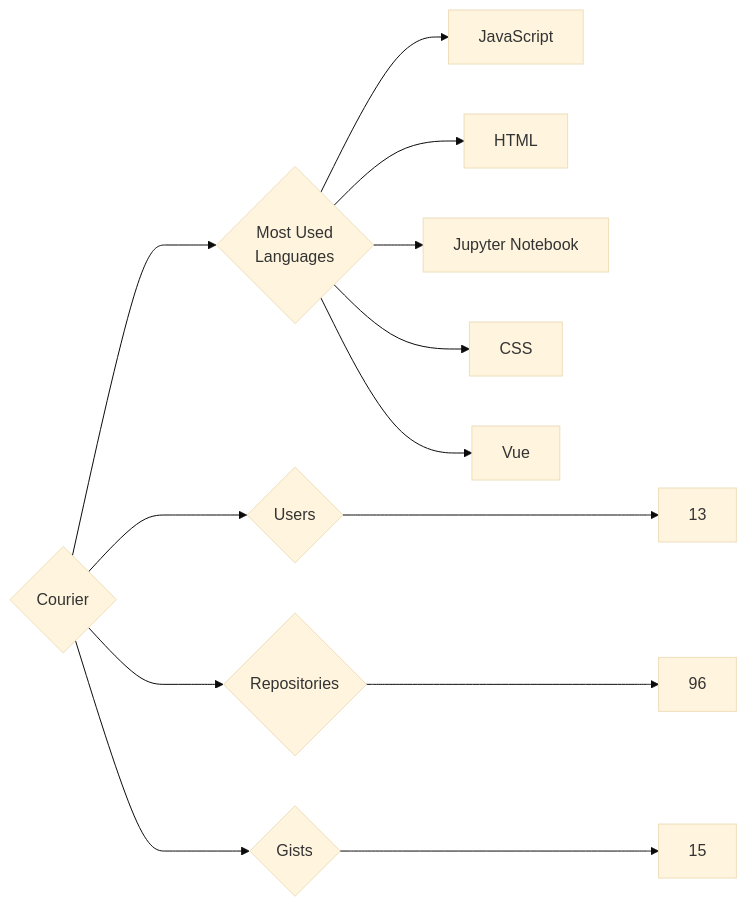
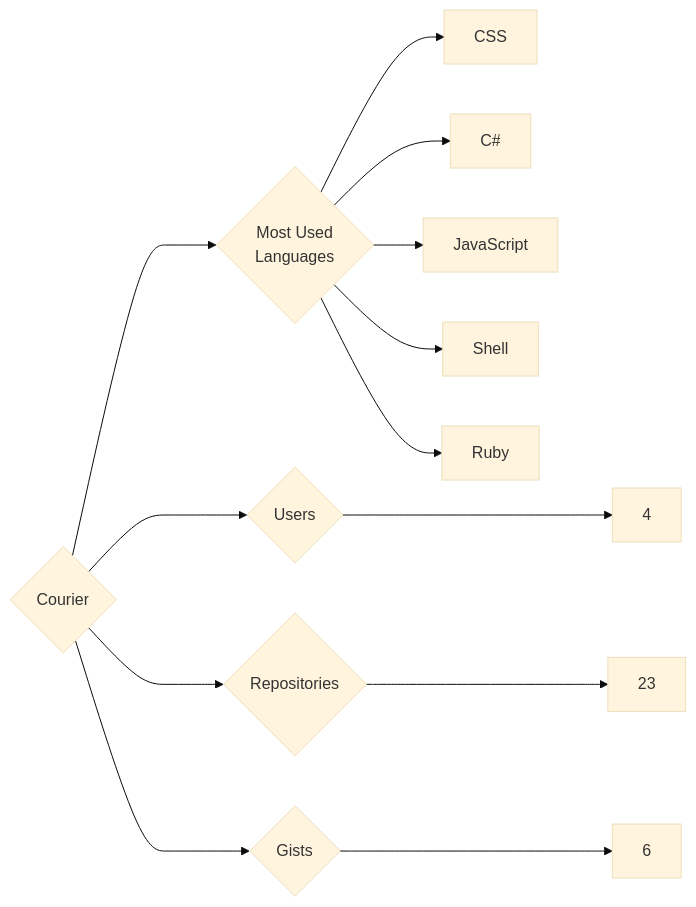
Before and after one commit to trickest/insiders: the diagram in targets/Courier/README.md, drawn with Mermaid (base theme). The commit also changed 916 other files, not shown here.

````diff
--- a/targets/Courier/README.md
+++ b/targets/Courier/README.md
@@ -3,13 +3,13 @@
 ```mermaid
 graph LR
 COMPANY_NAME{Courier}
-COMPANY_NAME ---> U{Users} ---> UN[13]
-COMPANY_NAME ---> R{Repositories} ---> RN[96]
-COMPANY_NAME ---> G{Gists} ---> GN[15]
+COMPANY_NAME ---> U{Users} ---> UN[4]
+COMPANY_NAME ---> R{Repositories} ---> RN[23]
+COMPANY_NAME ---> G{Gists} ---> GN[6]
 COMPANY_NAME ---> ML{Most Used<br>Languages}
+ML --> CSS[CSS]
+ML --> C#[C#]
 ML --> JavaScript[JavaScript]
-ML --> HTML[HTML]
-ML --> Jupyter_Notebook[Jupyter Notebook]
-ML --> CSS[CSS]
-ML --> Vue[Vue]
+ML --> Shell[Shell]
+ML --> Ruby[Ruby]
 ```
````
